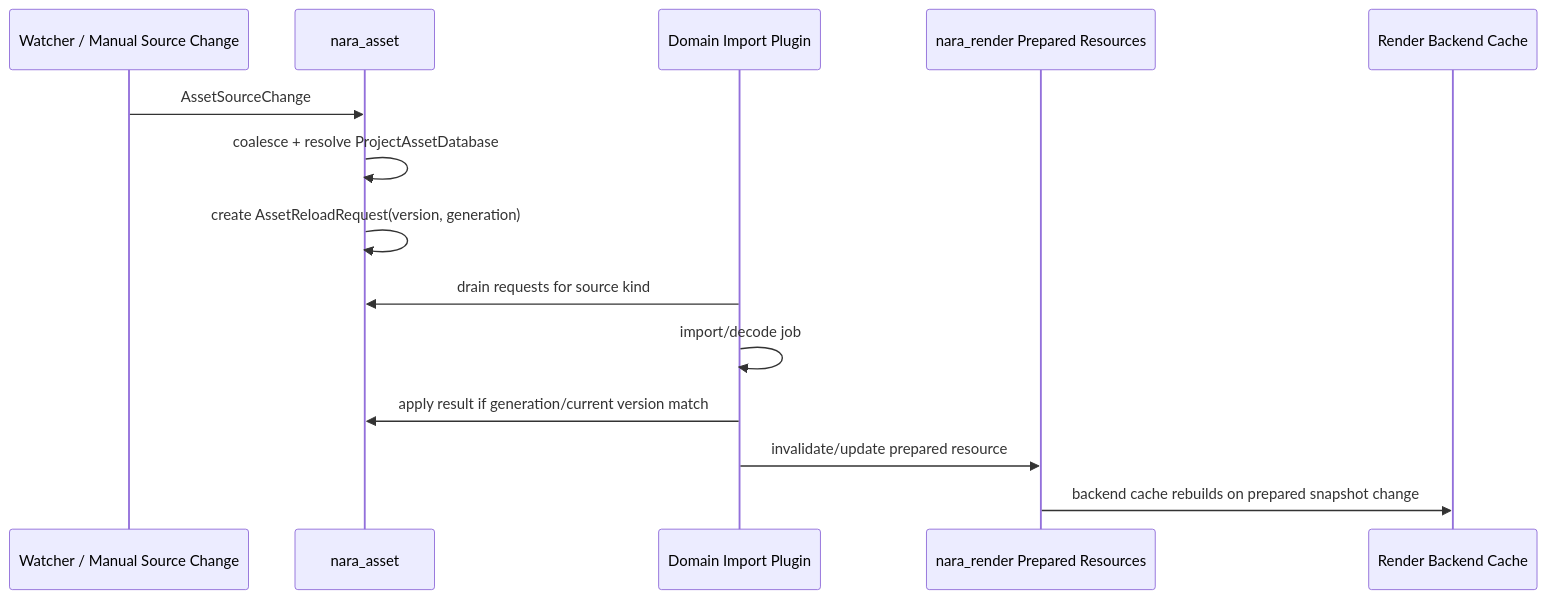
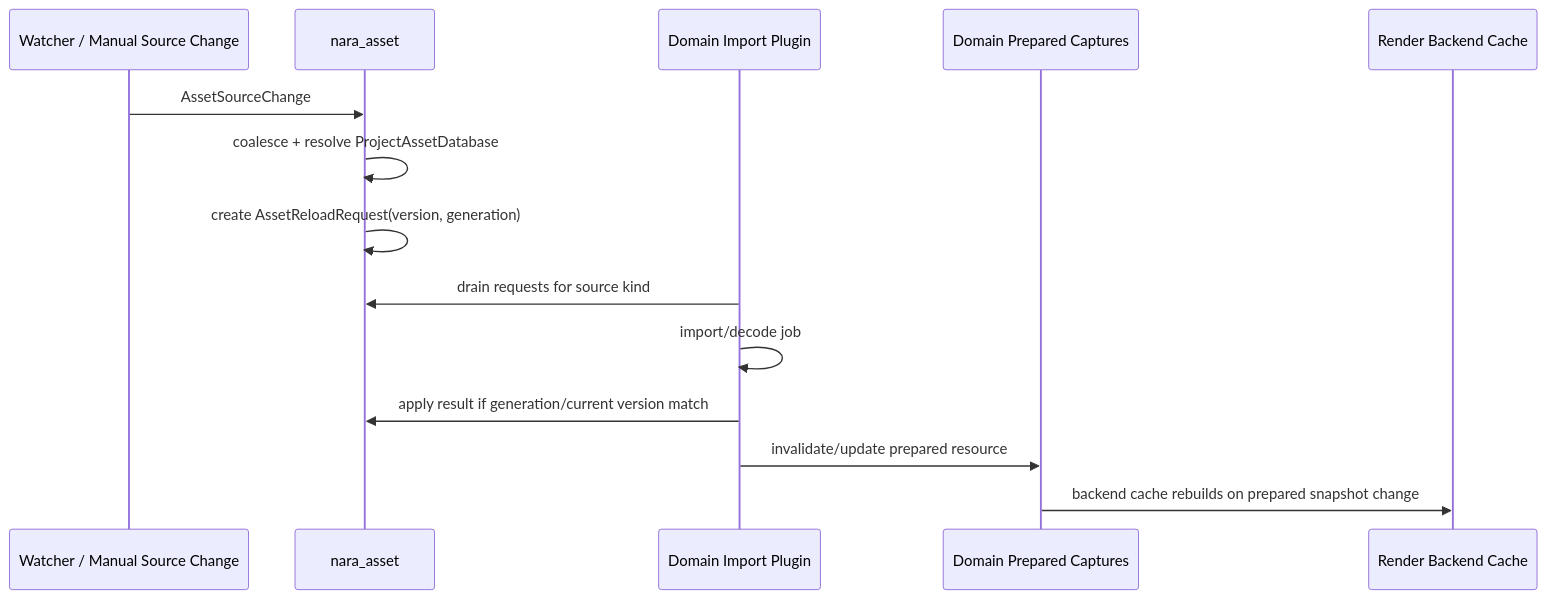
Before and after one commit to Latias94/nara: the second of 2 diagrams in docs/architecture/adr/0037-asset-load-request-cache-and-lifetime-policy.md, drawn with Mermaid. The commit also changed other lines of this file and 27 other files, not shown here.

````diff
--- a/docs/architecture/adr/0037-asset-load-request-cache-and-lifetime-policy.md
+++ b/docs/architecture/adr/0037-asset-load-request-cache-and-lifetime-policy.md
@@ -123,17 +126,17 @@
 ```mermaid
 sequenceDiagram
     participant Watch as Watcher / Manual Source Change
     participant Asset as nara_asset
     participant Domain as Domain Import Plugin
-    participant Prepared as nara_render Prepared Resources
+    participant Prepared as Domain Prepared Captures
     participant Backend as Render Backend Cache
 
     Watch->>Asset: AssetSourceChange
     Asset->>Asset: coalesce + resolve ProjectAssetDatabase
     Asset->>Asset: create AssetReloadRequest(version, generation)
     Domain->>Asset: drain requests for source kind
     Domain->>Domain: import/decode job
     Domain->>Asset: apply result if generation/current version match
     Domain->>Prepared: invalidate/update prepared resource
     Prepared->>Backend: backend cache rebuilds on prepared snapshot change
 ```
````
